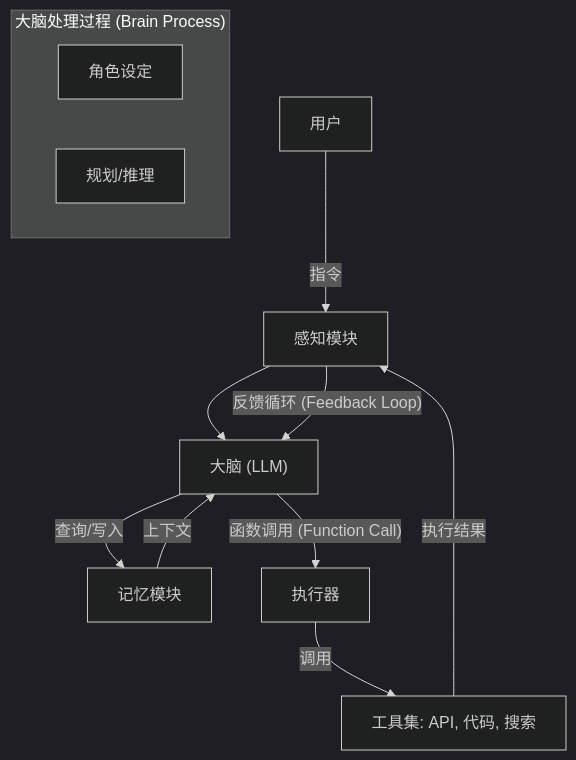
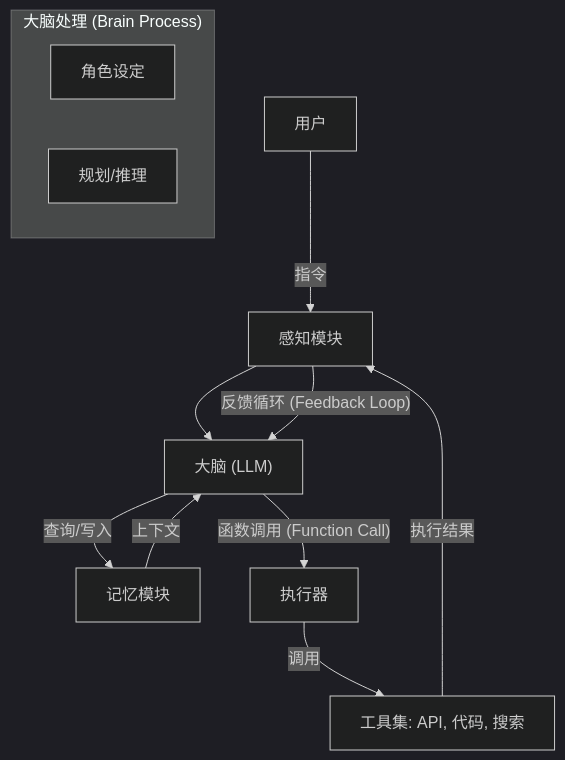
The diagram in 01_paradigm/1.3_components.md (yeasy/agentic_ai_guide), drawn with Mermaid (dark theme) before and after one commit. The commit also changed other lines of this file and 1 other file, not shown here.

Commit message:
Add two more levels

````diff
--- a/01_paradigm/1.3_components.md
+++ b/01_paradigm/1.3_components.md
@@ -92,18 +92,18 @@
 ```mermaid
 graph TD
     User["用户"] -->|"指令"| Sensor["感知模块"]
     Sensor --> Brain["大脑 (LLM)"]
     
-    subgraph BrainProcess["大脑处理过程 (Brain Process)"]
+    subgraph BrainProcess["大脑处理 (Brain Process)"]
         Profile["角色设定"]
         Plan["规划/推理"]
     end
     
     Brain -->|"查询/写入"| Memory["记忆模块"]
     Memory -->|"上下文"| Brain
     
     Brain -->|"函数调用 (Function Call)"| Actuators["执行器"]
     Actuators -->|"调用"| Tools["工具集: API, 代码, 搜索"]
     Tools -->|"执行结果"| Sensor
     Sensor -->|"反馈循环 (Feedback Loop)"| Brain
 ```
````
